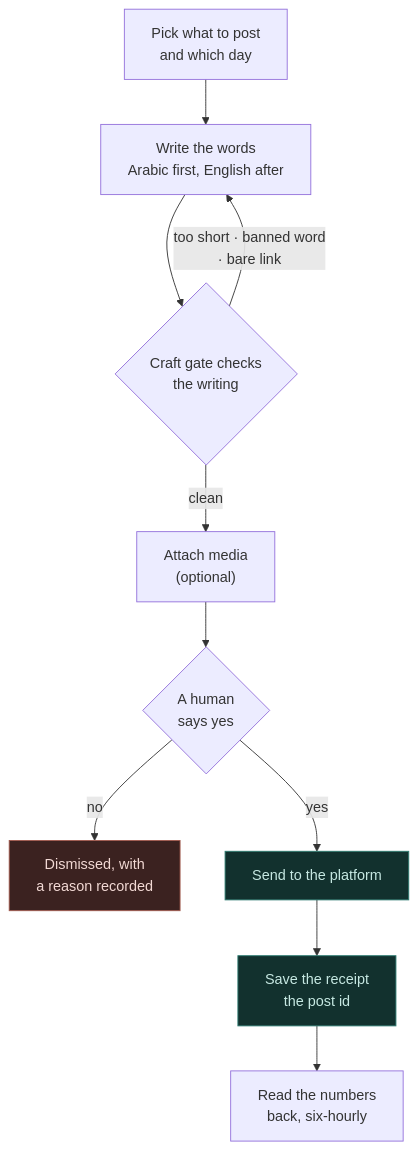
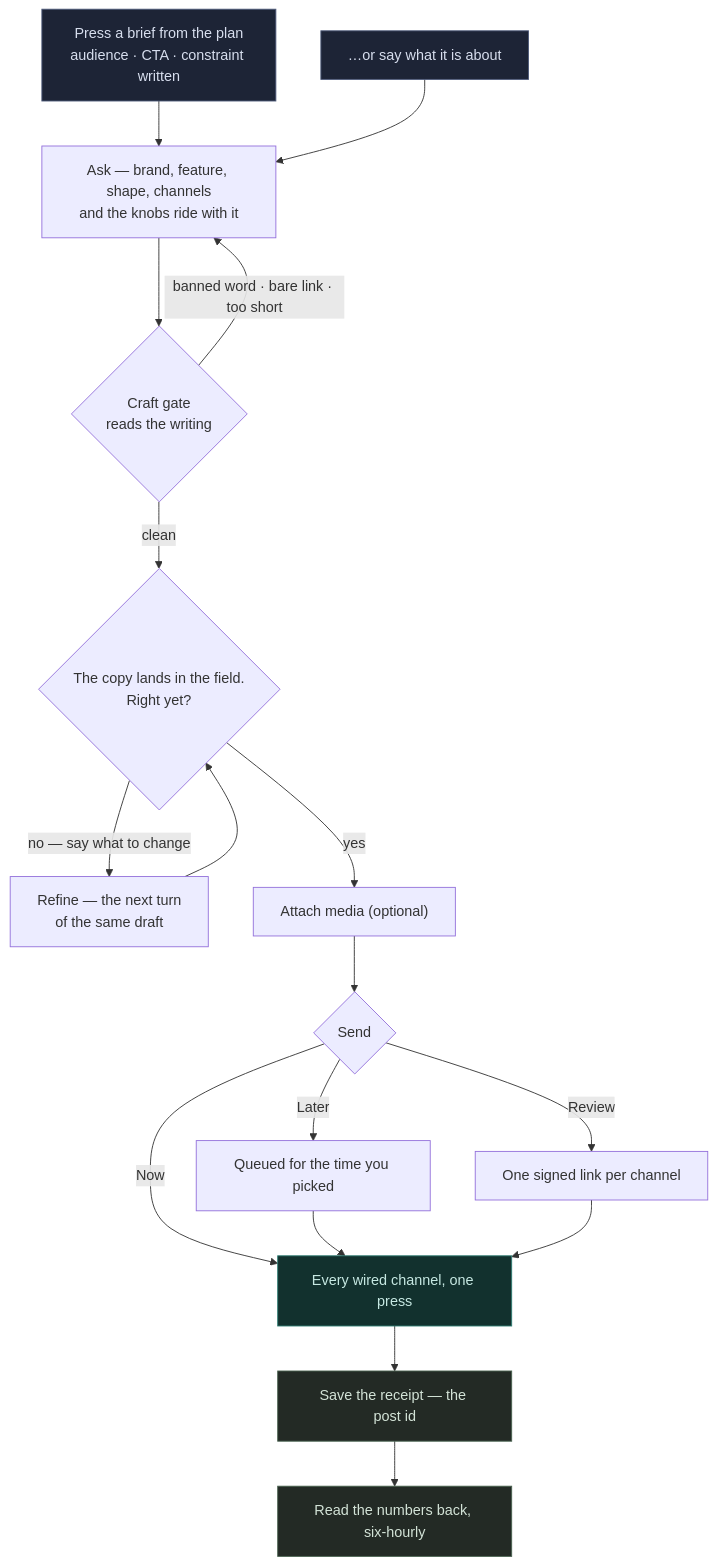
The first of 2 diagrams in content/docs/social/index.mdx (databayt/kun), drawn with Mermaid before and after one commit. The commit also changed other lines of this file and 1 other file, not shown here.

First line of the commit message:
docs(social): the pipeline as it now runs, and a flow chart to open on

````diff
--- a/content/docs/social/index.mdx
+++ b/content/docs/social/index.mdx
@@ -19,17 +19,29 @@
 ```mermaid
 flowchart TD
-  A["Pick what to post<br/>and which day"] --> B["Write the words<br/>Arabic first, English after"]
-  B --> C{"Craft gate checks<br/>the writing"}
-  C -- "too short · banned word<br/>· bare link" --> B
-  C -- "clean" --> D["Attach media<br/>(optional)"]
-  D --> E{"A human<br/>says yes"}
-  E -- "no" --> X["Dismissed, with<br/>a reason recorded"]
-  E -- "yes" --> F["Send to the platform"]
-  F --> G["Save the receipt<br/>the post id"]
-  G --> H["Read the numbers<br/>back, six-hourly"]
+  P["Press a brief from the plan<br/>audience · CTA · constraint written"] --> ASK
+  W["…or say what it is about"] --> ASK
 
-  classDef stop fill:#3b2220,stroke:#a35a4e,color:#f2d9d4;
+  ASK["Ask — brand, feature, shape, channels<br/>and the knobs ride with it"]
+  ASK --> C{"Craft gate<br/>reads the writing"}
+  C -- "banned word · bare link · too short" --> ASK
+
+  C -- "clean" --> D{"The copy lands in the field.<br/>Right yet?"}
+  D -- "no — say what to change" --> RF["Refine — the next turn<br/>of the same draft"]
+  RF --> D
+  D -- "yes" --> M["Attach media (optional)"]
+
+  M --> S{"Send"}
+  S -- "Now" --> F
+  S -- "Later" --> Q["Queued for the time you picked"] --> F
+  S -- "Review" --> L["One signed link per channel"] --> F
+
+  F["Every wired channel, one press"] --> G["Save the receipt — the post id"]
+  G --> H["Read the numbers back, six-hourly"]
+
+  classDef start fill:#1d2436,stroke:#4d5a7a,color:#d7deee;
   classDef send fill:#12312e,stroke:#2f7d72,color:#c6e8e2;
-  class X stop;
-  class F,G send;
+  classDef keep fill:#232a25,stroke:#4a6350,color:#d3e3d7;
+  class P,W start;
+  class F send;
+  class G,H keep;
 ```
````
